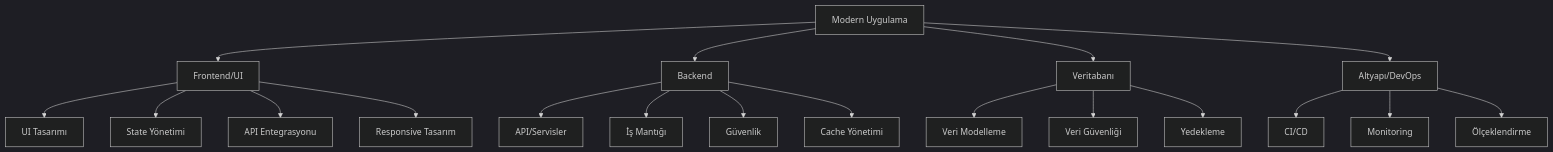
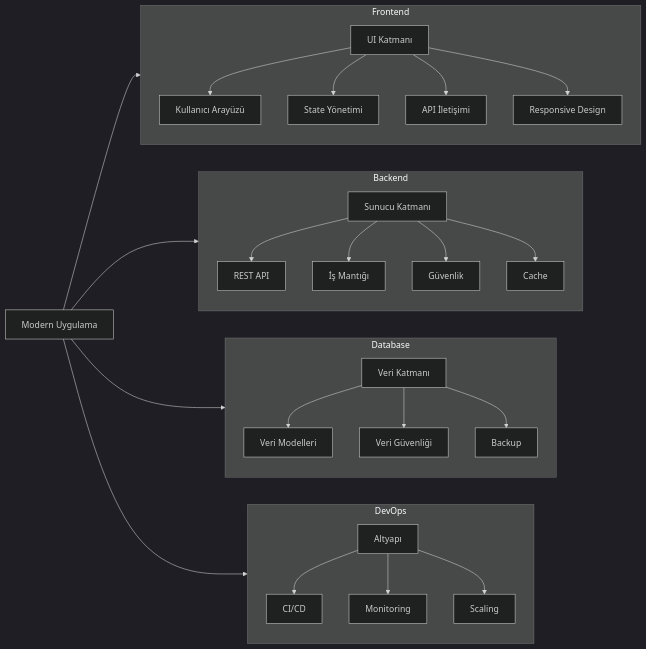
Before and after one commit to abdullatifkaban/Flutter: the diagram in docs/intro.md, drawn with Mermaid (dark theme). The commit also changed other lines of this file, not shown here.

````diff
--- a/docs/intro.md
+++ b/docs/intro.md
@@ -27,25 +81,48 @@
 ```mermaid
-graph TD
-    A[Modern Uygulama] --> B[Frontend/UI]
-    A --> C[Backend]
-    A --> D[Veritabanı]
-    A --> E[Altyapı/DevOps]
-
-    B --> B1[UI Tasarımı]
-    B --> B2[State Yönetimi]
-    B --> B3[API Entegrasyonu]
-    B --> B4[Responsive Tasarım]
-
-    C --> C1[API/Servisler]
-    C --> C2[İş Mantığı]
-    C --> C3[Güvenlik]
-    C --> C4[Cache Yönetimi]
-
-    D --> D1[Veri Modelleme]
-    D --> D2[Veri Güvenliği]
-    D --> D3[Yedekleme]
-
-    E --> E1[CI/CD]
-    E --> E2[Monitoring]
-    E --> E3[Ölçeklendirme]
+graph LR
+    A[Modern Uygulama]
+    subgraph Frontend
+        B[UI Katmanı]
+        B1[Kullanıcı Arayüzü]
+        B2[State Yönetimi]
+        B3[API İletişimi]
+        B4[Responsive Design]
+        B --> B1
+        B --> B2
+        B --> B3
+        B --> B4
+    end
+    subgraph Backend
+        C[Sunucu Katmanı]
+        C1[REST API]
+        C2[İş Mantığı]
+        C3[Güvenlik]
+        C4[Cache]
+        C --> C1
+        C --> C2
+        C --> C3
+        C --> C4
+    end
+    subgraph Database
+        D[Veri Katmanı]
+        D1[Veri Modelleri]
+        D2[Veri Güvenliği]
+        D3[Backup]
+        D --> D1
+        D --> D2
+        D --> D3
+    end
+    subgraph DevOps
+        E[Altyapı]
+        E1[CI/CD]
+        E2[Monitoring]
+        E3[Scaling]
+        E --> E1
+        E --> E2
+        E --> E3
+    end
+    A --> Frontend
+    A --> Backend
+    A --> Database
+    A --> DevOps
 ```
````
